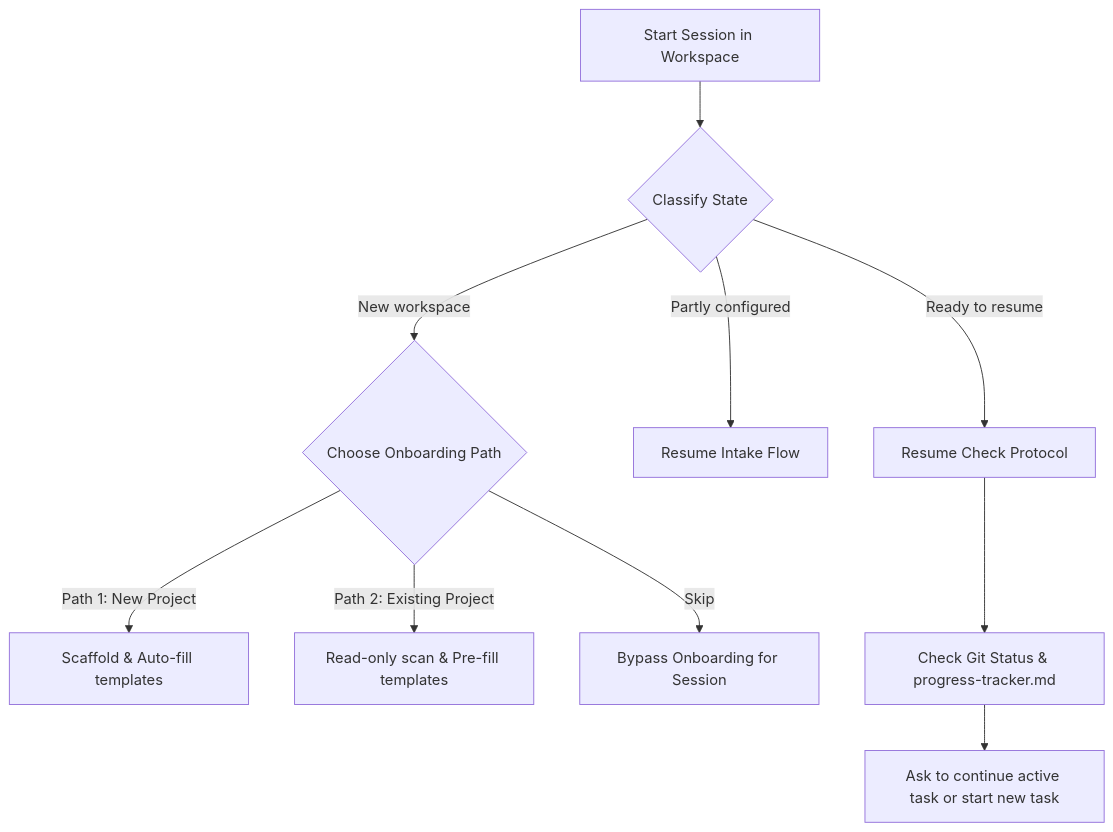
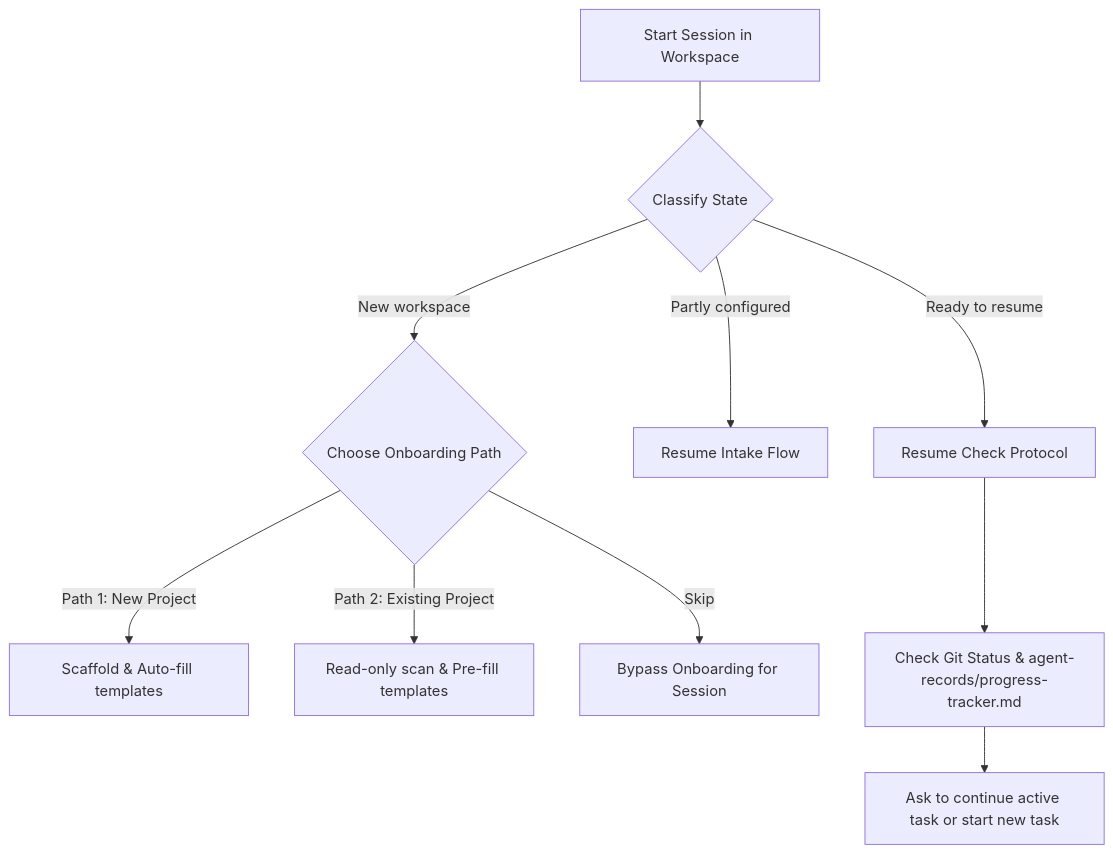
One commit to Joyperm/AgentJoJoy changed the diagram in README.md. Above: the diagram before and after it, drawn with Mermaid. The commit also changed other lines of this file and 23 other files, not shown here.

````diff
--- a/README.md
+++ b/README.md
@@ -94,14 +98,14 @@
 ```mermaid
 graph TD
     A[Start Session in Workspace] --> B{Classify State}
     B -->|New workspace| D{Choose Onboarding Path}
     B -->|Partly configured| E[Resume Intake Flow]
     B -->|Ready to resume| F[Resume Check Protocol]
 
     D -->|Path 1: New Project| G[Scaffold & Auto-fill templates]
     D -->|Path 2: Existing Project| H[Read-only scan & Pre-fill templates]
     D -->|Skip| I[Bypass Onboarding for Session]
 
-    F --> J[Check Git Status & progress-tracker.md]
+    F --> J[Check Git Status & agent-records/progress-tracker.md]
     J --> K[Ask to continue active task or start new task]
 ```
````
